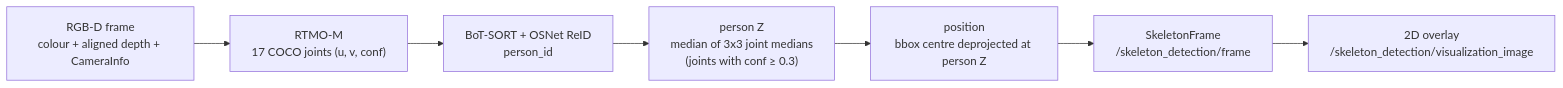
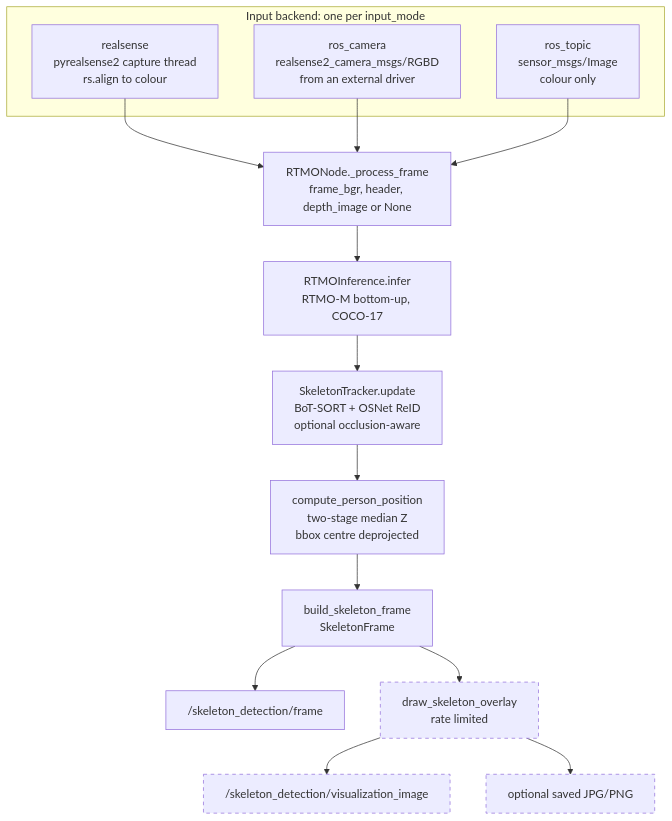
The diagram in docs/Skeleton_Detection_V2.0.md (patrol-knight/skeleton_detection), drawn with Mermaid before and after one commit. The commit also changed other lines of this file and 13 other files, not shown here.

````diff
--- a/docs/Skeleton_Detection_V2.0.md
+++ b/docs/Skeleton_Detection_V2.0.md
@@ -10,13 +31,28 @@
 ```mermaid
-flowchart LR
-    IN["RGB-D frame<br/>colour + aligned depth + CameraInfo"]
-    RTMO["RTMO-M<br/>17 COCO joints (u, v, conf)"]
-    TRK["BoT-SORT + OSNet ReID<br/>person_id"]
-    PZ["person Z<br/>median of 3x3 joint medians<br/>(joints with conf ≥ 0.3)"]
-    POS["position<br/>bbox centre deprojected at person Z"]
-    MSG["SkeletonFrame<br/>/skeleton_detection/frame"]
-    VIS["2D overlay<br/>/skeleton_detection/visualization_image"]
+flowchart TD
+    subgraph SRC["Input backend: one per input_mode"]
+        RS["realsense<br/>pyrealsense2 capture thread<br/>rs.align to colour"]
+        RC["ros_camera<br/>realsense2_camera_msgs/RGBD<br/>from an external driver"]
+        RT["ros_topic<br/>sensor_msgs/Image<br/>colour only"]
+    end
+    PF["RTMONode._process_frame<br/>frame_bgr, header, depth_image or None"]
+    RTMO["RTMOInference.infer<br/>RTMO-M bottom-up, COCO-17"]
+    TRK["SkeletonTracker.update<br/>BoT-SORT + OSNet ReID<br/>optional occlusion-aware"]
+    DEP["compute_person_position<br/>two-stage median Z<br/>bbox centre deprojected"]
+    MSG["build_skeleton_frame<br/>SkeletonFrame"]
+    OUT["/skeleton_detection/frame"]
+    VIS["draw_skeleton_overlay<br/>rate limited"]
+    VOUT["/skeleton_detection/visualization_image"]
+    FILES["optional saved JPG/PNG"]
 
-    IN --> RTMO --> TRK --> PZ --> POS --> MSG
+    RS --> PF
+    RC --> PF
+    RT --> PF
+    PF --> RTMO --> TRK --> DEP --> MSG --> OUT
     MSG --> VIS
+    VIS --> VOUT
+    VIS --> FILES
+
+    classDef optional stroke-dasharray: 5 5
+    class VIS,VOUT,FILES optional
 ```
````
